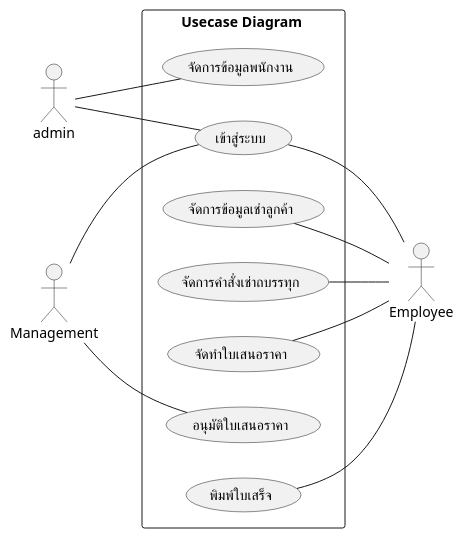
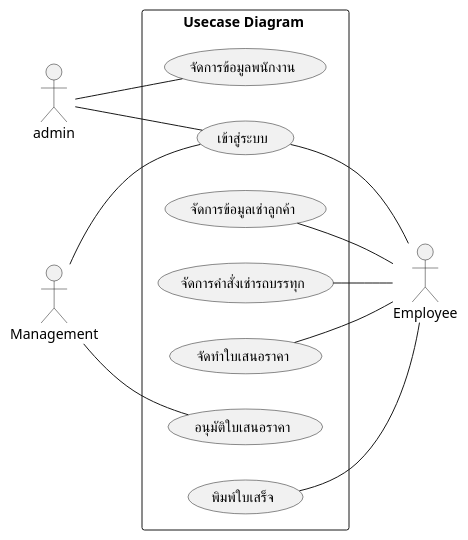
The diagram in usecase.puml (OOAD2563/-ooad2563-), drawn with PlantUML before and after one commit.

```diff
--- a/usecase.puml
+++ b/usecase.puml
@@ -1,24 +1,24 @@
 @startuml trunk
 left to right direction
 skinparam state {
     BackgroundColor Peru
     BorderColor Black
     FontName Impact
 }
 
 actor admin
 actor Employee
 actor Management
 rectangle "Usecase Diagram "{
     admin--(เข้าสู่ระบบ)
     admin--(จัดการข้อมูลพนักงาน)
     Management--(เข้าสู่ระบบ)
     (เข้าสู่ระบบ)--Employee
     (จัดการข้อมูลเช่าลูกค้า)--Employee
-    (จัดการคำสั่งเช่าถบรรทุก)--Employee
+    (จัดการคำสั่งเช่ารถบรรทุก)--Employee
     (จัดทำใบเสนอราคา)--Employee
     Management--(อนุมัติใบเสนอราคา)
     (พิมพ์ใบเสร็จ)--Employee
 }
 
 @enduml
```
